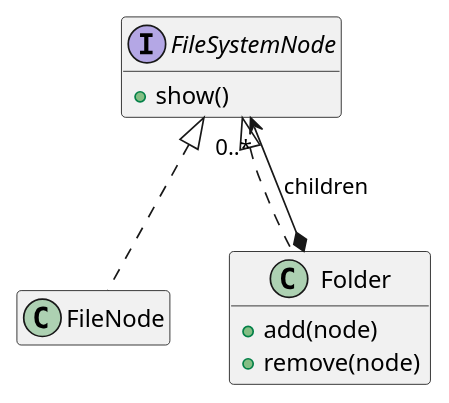
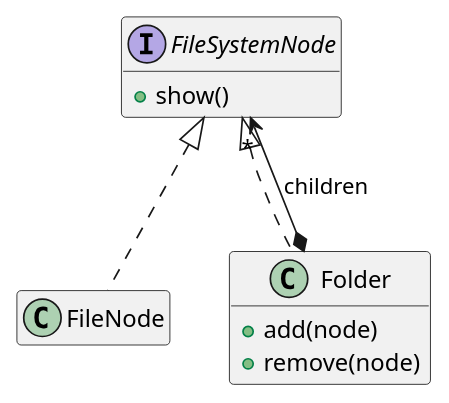
The seventh of 9 diagrams in class/amss2025/curs/11-patterns-reloaded.md (traiansf/traiansf.github.io), drawn with PlantUML before and after one commit. The commit also changed other lines of this file and 3 other files, not shown here.

````diff
--- a/class/amss2025/curs/11-patterns-reloaded.md
+++ b/class/amss2025/curs/11-patterns-reloaded.md
@@ -1072,16 +1083,16 @@
 ```plantuml
 @startuml
 hide empty members
 interface FileSystemNode {
     +show()
 }
 
 class FileNode implements FileSystemNode
 class Folder implements FileSystemNode {
     +add(node)
     +remove(node)
 }
 
-Folder *--> "0..*" FileSystemNode : children
+Folder *--> "*" FileSystemNode : children
 @enduml
 ```
````
